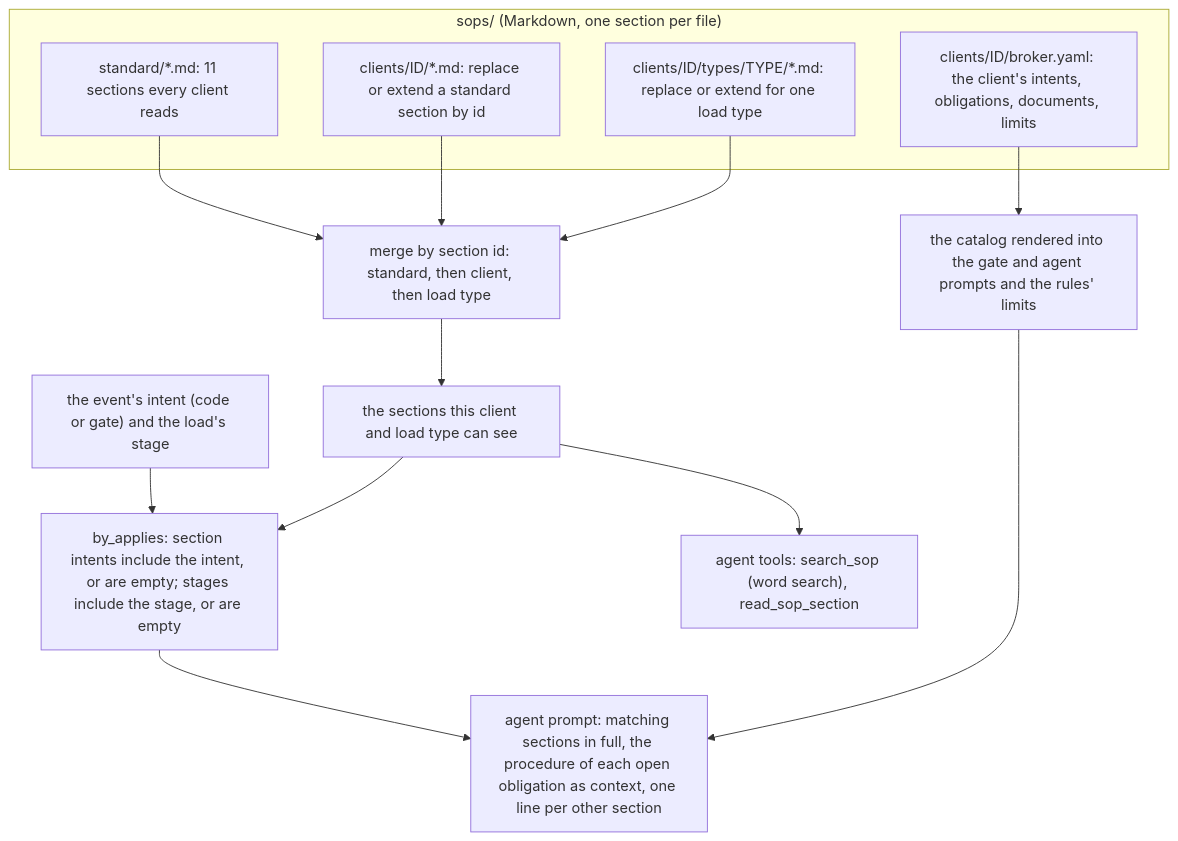
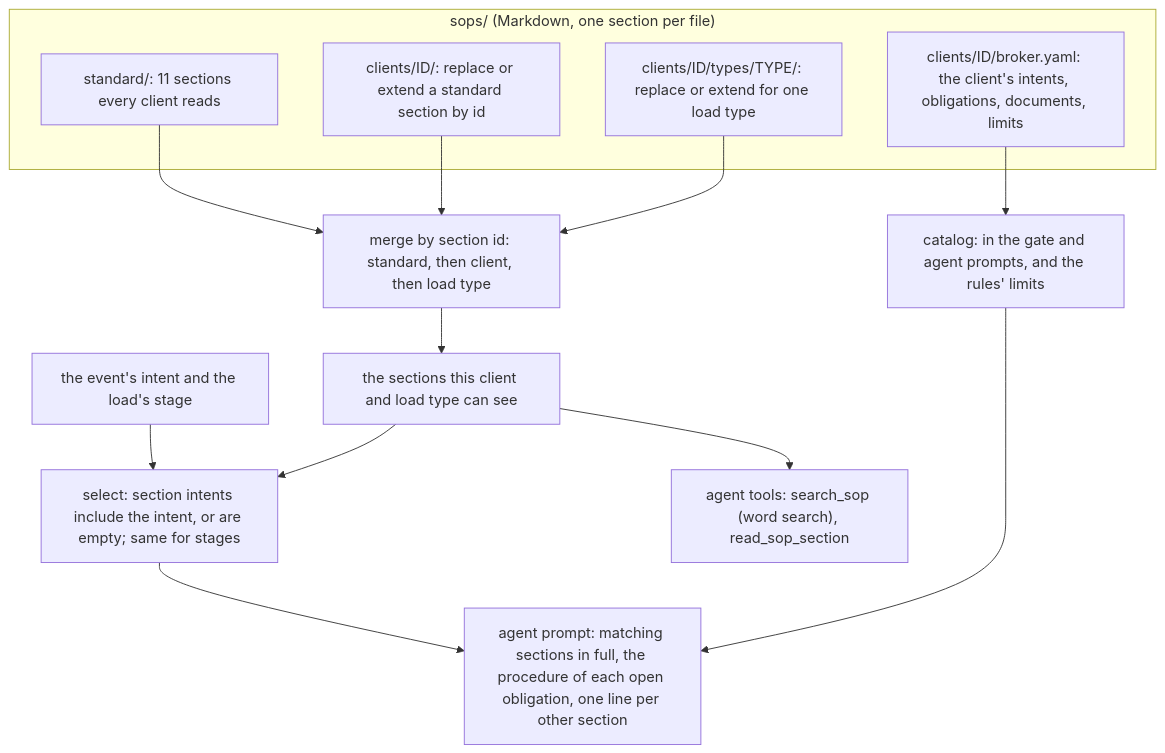
Before and after one commit to pedrocwb/freight-hero-assessment: the ninth of 11 diagrams in docs/architecture.md, drawn with Mermaid. The commit also changed other lines of this file and 1 other file, not shown here.

First line of the commit message:
Rewrite the answers and the architecture in plain language

````diff
--- a/docs/architecture.md
+++ b/docs/architecture.md
@@ -333,21 +348,21 @@
 ```mermaid
 flowchart TB
   subgraph tree["sops/ (Markdown, one section per file)"]
-    standard["standard/*.md: 11 sections every client reads"]
-    client["clients/ID/*.md: replace or extend a standard section by id"]
-    loadtype["clients/ID/types/TYPE/*.md: replace or extend for one load type"]
+    standard["standard/: 11 sections every client reads"]
+    client["clients/ID/: replace or extend a standard section by id"]
+    loadtype["clients/ID/types/TYPE/: replace or extend for one load type"]
     catalog["clients/ID/broker.yaml: the client's intents, obligations, documents, limits"]
   end
 
   standard --> merge
   client --> merge
   loadtype --> merge
   merge["merge by section id: standard, then client, then load type"] --> visible["the sections this client and load type can see"]
 
-  event["the event's intent (code or gate) and the load's stage"] --> select
-  visible --> select["by_applies: section intents include the intent, or are empty; stages include the stage, or are empty"]
-  select --> prompt["agent prompt: matching sections in full, the procedure of each open obligation as context, one line per other section"]
+  event["the event's intent and the load's stage"] --> select
+  visible --> select["select: section intents include the intent, or are empty; same for stages"]
+  select --> prompt["agent prompt: matching sections in full, the procedure of each open obligation, one line per other section"]
   visible --> tools["agent tools: search_sop (word search), read_sop_section"]
-  catalog --> rendered["the catalog rendered into the gate and agent prompts and the rules' limits"]
+  catalog --> rendered["catalog: in the gate and agent prompts, and the rules' limits"]
   rendered --> prompt
 ```
````
